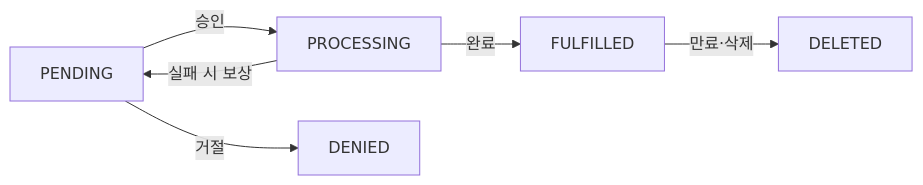
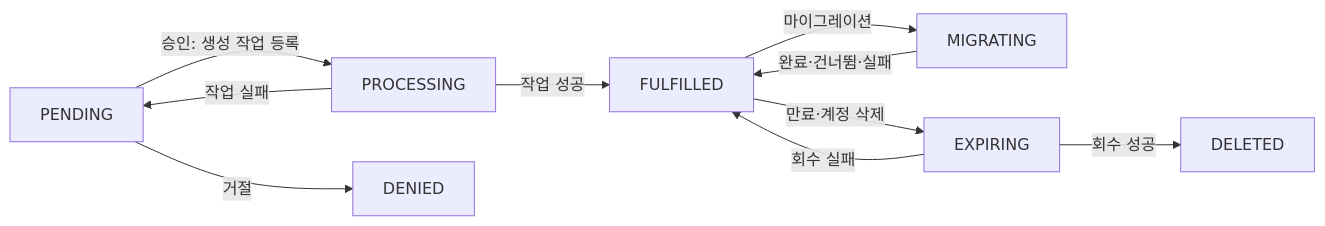
One commit to CSID-DGU/admin_wiki changed the first of 15 diagrams in md/backend/시스템-아키텍처.md. Above: the diagram before and after it, drawn with Mermaid. The commit also changed other lines of this file and 10 other files, not shown here.

````diff
--- a/md/backend/시스템-아키텍처.md
+++ b/md/backend/시스템-아키텍처.md
@@ -9,6 +9,9 @@
 ```mermaid
 flowchart LR
-    PENDING -->|승인| PROCESSING -->|완료| FULFILLED -->|만료·삭제| DELETED
+    PENDING -->|승인: 생성 작업 등록| PROCESSING -->|작업 성공| FULFILLED
+    PROCESSING -->|작업 실패| PENDING
     PENDING -->|거절| DENIED
-    PROCESSING -->|실패 시 보상| PENDING
+    FULFILLED -->|마이그레이션| MIGRATING -->|완료·건너뜀·실패| FULFILLED
+    FULFILLED -->|만료·계정 삭제| EXPIRING -->|회수 성공| DELETED
+    EXPIRING -->|회수 실패| FULFILLED
 ```
````
